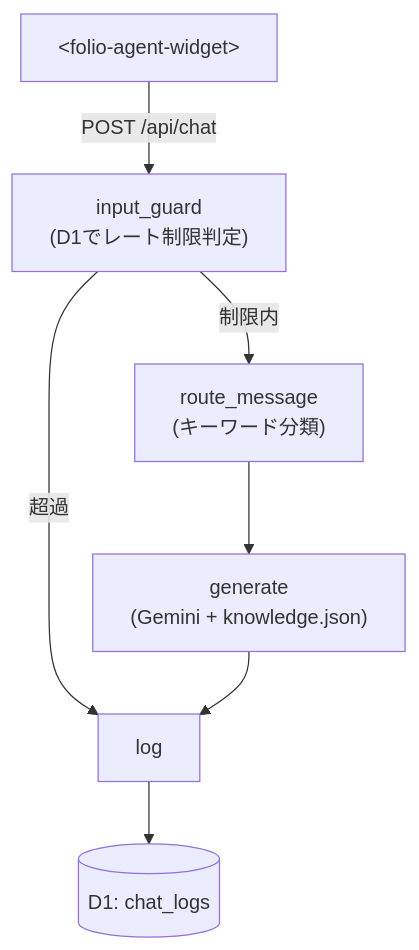
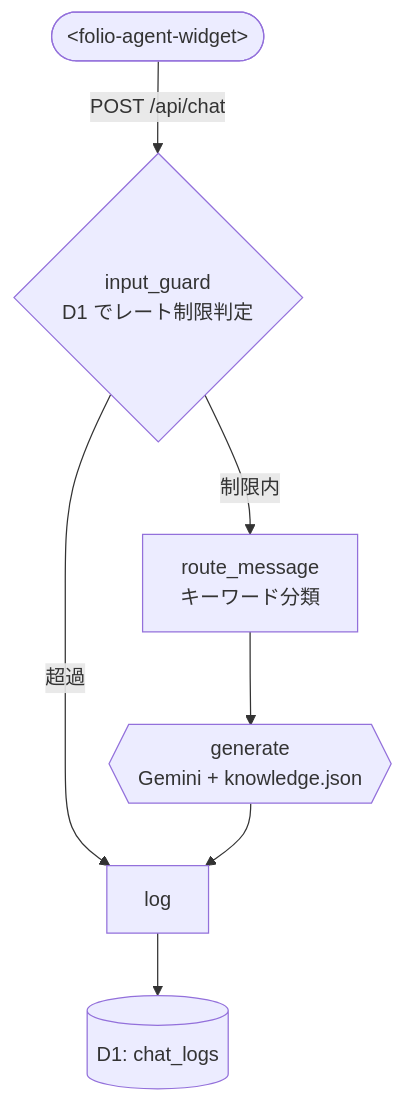
Before and after one commit to yktsnet/folio-agent: the diagram in README.md, drawn with Mermaid. The commit also changed other lines of this file and 1 other file, not shown here.

First line of the commit message:
docs(readme): drop the subjectless ingest diagram

````diff
--- a/README.md
+++ b/README.md
@@ -59,9 +53,9 @@
 ```mermaid
 flowchart TD
-    Widget["&lt;folio-agent-widget&gt;"] -->|"POST /api/chat"| Guard["input_guard\n(D1でレート制限判定)"]
-    Guard -->|"制限内"| Route["route_message\n(キーワード分類)"]
+    Widget(["&lt;folio-agent-widget&gt;"]) -->|"POST /api/chat"| Guard{"input_guard<br/>D1 でレート制限判定"}
+    Guard -->|"制限内"| Route["route_message<br/>キーワード分類"]
     Guard -->|"超過"| Log["log"]
-    Route --> Generate["generate\n(Gemini + knowledge.json)"]
+    Route --> Generate{{"generate<br/>Gemini + knowledge.json"}}
     Generate --> Log
     Log --> D1[("D1: chat_logs")]
 ```
````
